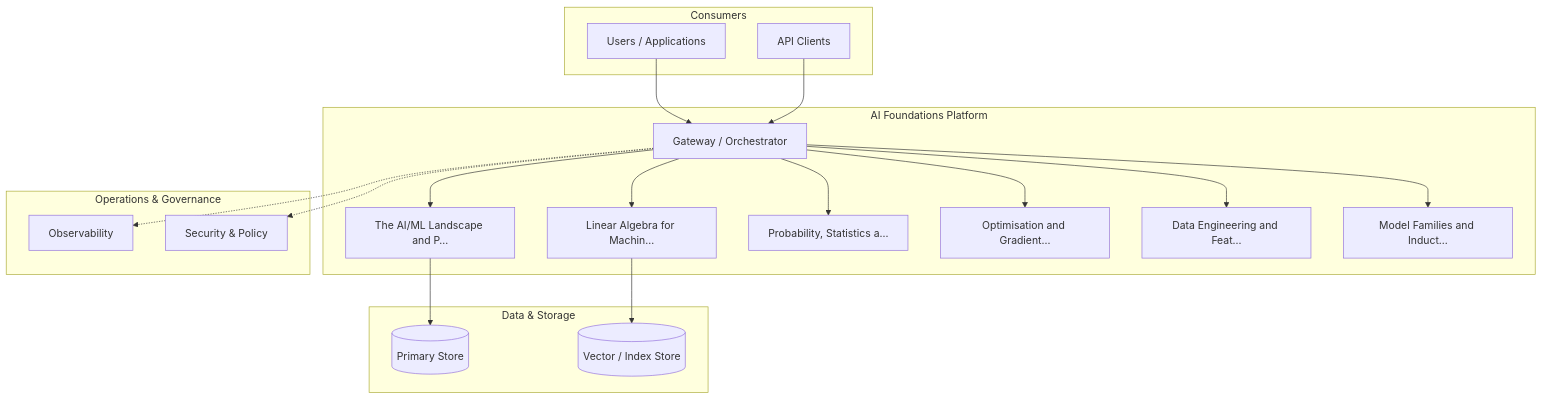
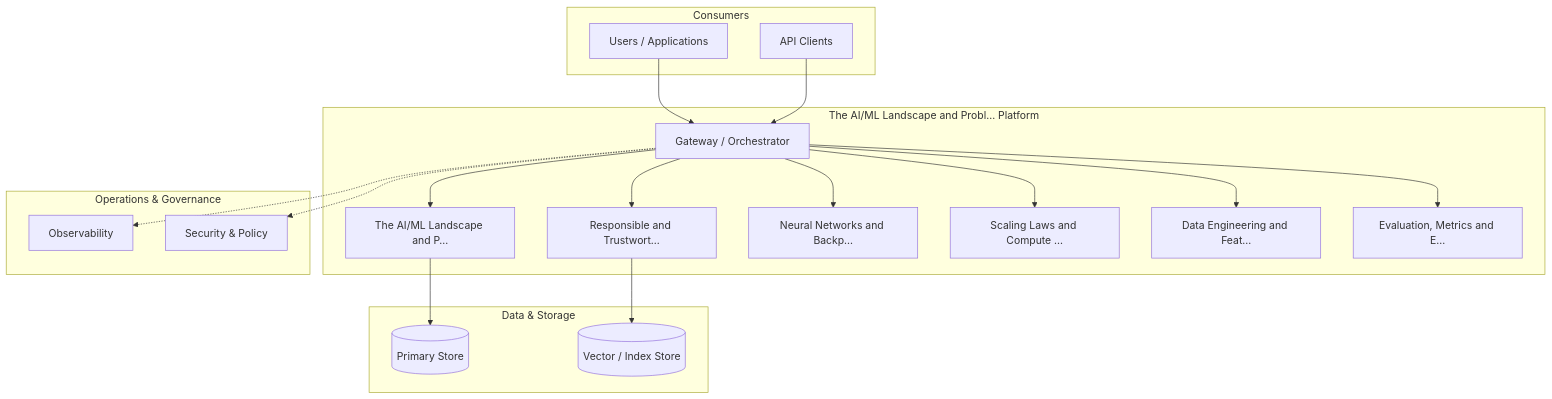
The diagram in content/ai-foundations/ai-foundations-foundations/diagrams/fig-002-component.mmd (ankit05121980/AI-University), drawn with Mermaid before and after one commit. The commit also changed 458 other files, not shown here.

First line of the commit message:
Add Diagram Studio (prompt/text -> diagram) and per-chapter diagram context

```diff
--- a/content/ai-foundations/ai-foundations-foundations/diagrams/fig-002-component.mmd
+++ b/content/ai-foundations/ai-foundations-foundations/diagrams/fig-002-component.mmd
@@ -1,34 +1,34 @@
 flowchart TB
   subgraph Client["Consumers"]
     U[Users / Applications]
     API[API Clients]
   end
-  subgraph Platform["AI Foundations Platform"]
+  subgraph Platform["The AI/ML Landscape and Probl… Platform"]
     GW[Gateway / Orchestrator]
     S0[The AI/ML Landscape and P…]
-    S1[Linear Algebra for Machin…]
-    S2[Probability, Statistics a…]
-    S3[Optimisation and Gradient…]
+    S1[Responsible and Trustwort…]
+    S2[Neural Networks and Backp…]
+    S3[Scaling Laws and Compute …]
     S4[Data Engineering and Feat…]
-    S5[Model Families and Induct…]
+    S5[Evaluation, Metrics and E…]
   end
   subgraph Data["Data & Storage"]
     DS[(Primary Store)]
     VEC[(Vector / Index Store)]
   end
   subgraph Ops["Operations & Governance"]
     OBS[Observability]
     SEC[Security & Policy]
   end
   U --> GW
   API --> GW
   GW --> S0
   GW --> S1
   GW --> S2
   GW --> S3
   GW --> S4
   GW --> S5
   S0 --> DS
   S1 --> VEC
   GW -.-> OBS
   GW -.-> SEC
```
